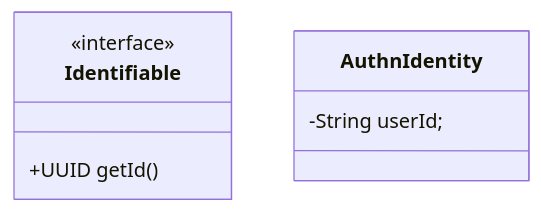
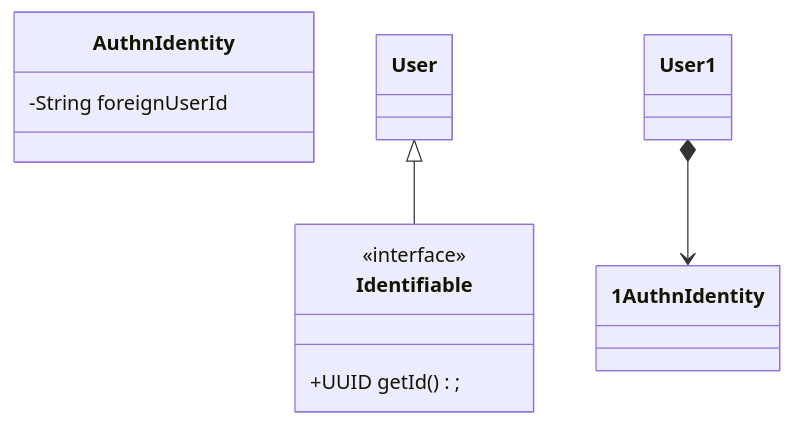
The diagram in README.md (xenoterracide/iw-pm-backend), drawn with Mermaid before and after one commit. The commit also changed other lines of this file, not shown here.

````diff
--- a/README.md
+++ b/README.md
@@ -19,11 +18,17 @@
 ```mermaid
 classDiagram
     class Identifiable {
         <<interface>>
-        +UUID getId()
+        +UUID getId();
     }
 
     class AuthnIdentity {
-        -String userId;
+        -String foreignUserId
     }
+
+    class User {
+    }
+
+    User <|-- Identifiable
+    User 1*-->1 AuthnIdentity
 ```
````
